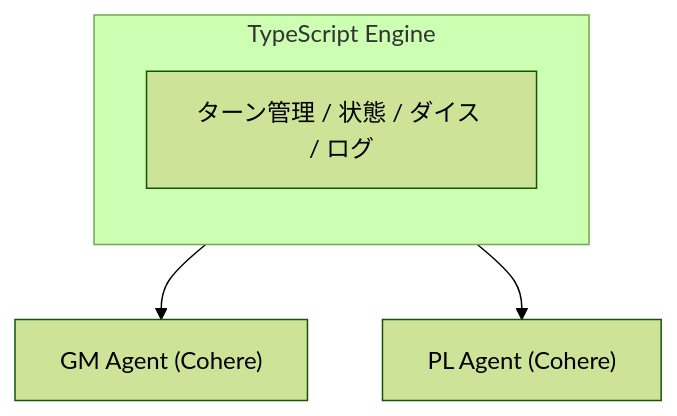
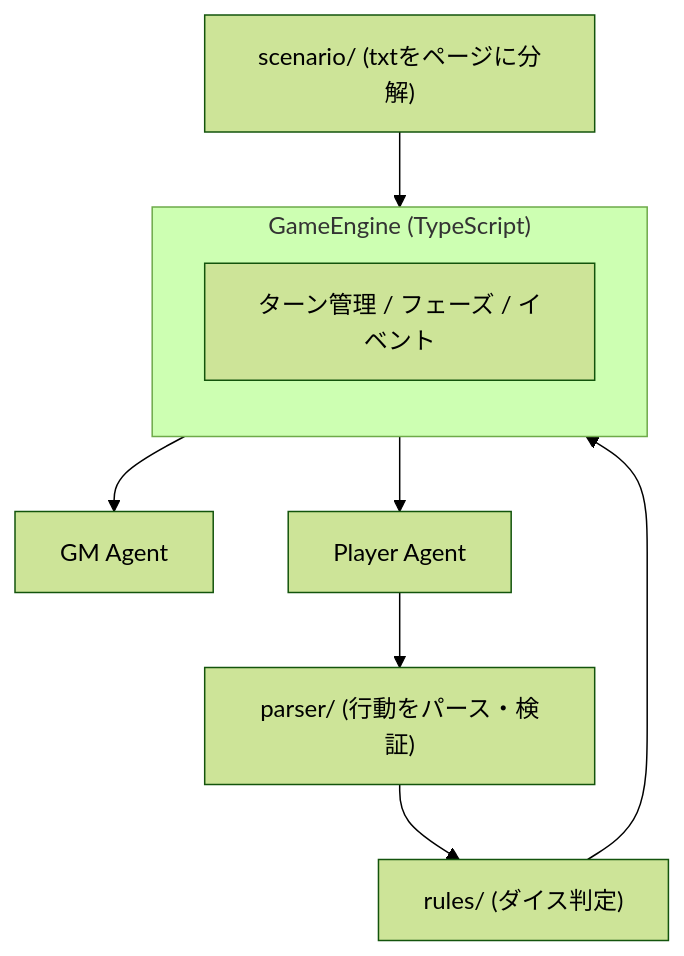
Before and after one commit to hirorogo/slides: the diagram in LLM AgentでTRPGを動かしたらAgent地獄を全部見た/article.md, drawn with Mermaid (forest theme). The commit also changed other lines of this file, not shown here.

````diff
--- a/LLM AgentでTRPGを動かしたらAgent地獄を全部見た/article.md
+++ b/LLM AgentでTRPGを動かしたらAgent地獄を全部見た/article.md
@@ -73,10 +94,14 @@
 ```mermaid
 flowchart TB
-    subgraph Engine["TypeScript Engine"]
+    subgraph Engine["GameEngine (TypeScript)"]
         direction TB
-        E1["ターン管理 / 状態 / ダイス / ログ"]
+        E1["ターン管理 / フェーズ / イベント"]
     end
 
-    Engine --> GM["GM Agent (Cohere)"]
-    Engine --> PL["PL Agent (Cohere)"]
+    Scenario["scenario/ (txtをページに分解)"] --> Engine
+    Engine --> GM["GM Agent"]
+    Engine --> PL["Player Agent"]
+    PL --> Parser["parser/ (行動をパース・検証)"]
+    Parser --> Rules["rules/ (ダイス判定)"]
+    Rules --> Engine
 ```
````
